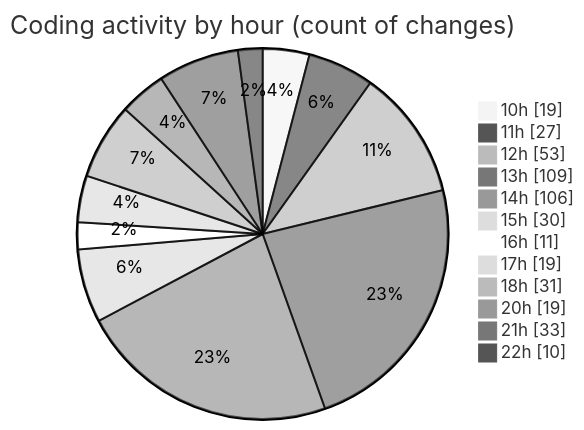
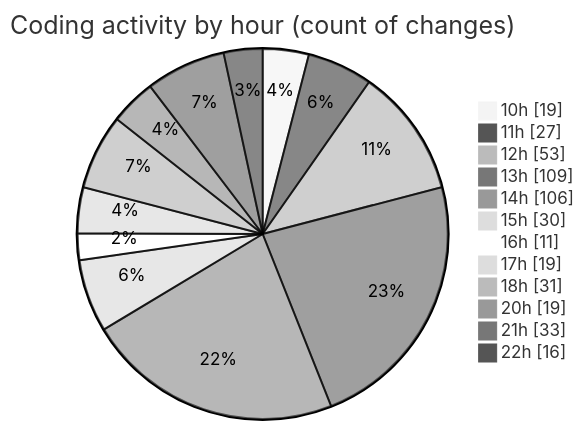
One commit to momahboobian/code-tracking changed the second of 2 diagrams in 2025-03-18/cda/README.md. Above: the diagram before and after it, drawn with Mermaid (neutral theme). The commit also changed other lines of this file and 1 other file, not shown here.

````diff
--- a/2025-03-18/cda/README.md
+++ b/2025-03-18/cda/README.md
@@ -44,16 +44,16 @@
 ```mermaid
 pie showData
 title Coding activity by hour (count of changes)
 "10h" : 19
 "11h" : 27
 "12h" : 53
 "13h" : 109
 "14h" : 106
 "15h" : 30
 "16h" : 11
 "17h" : 19
 "18h" : 31
 "20h" : 19
 "21h" : 33
-"22h" : 10
+"22h" : 16
 ```
````
